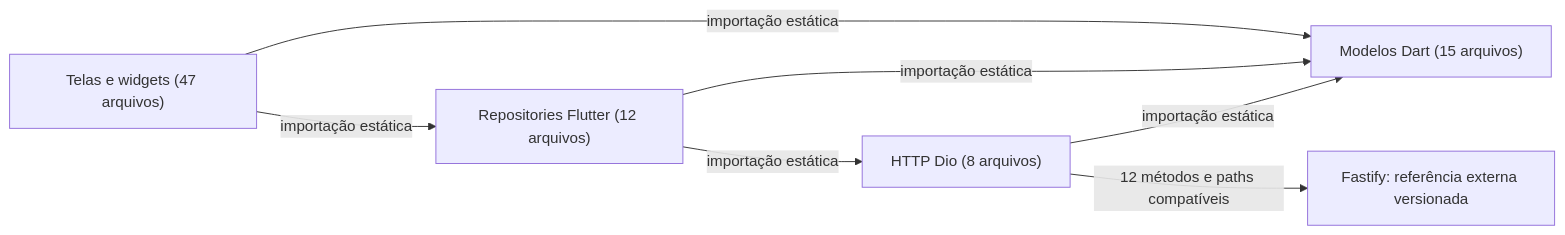
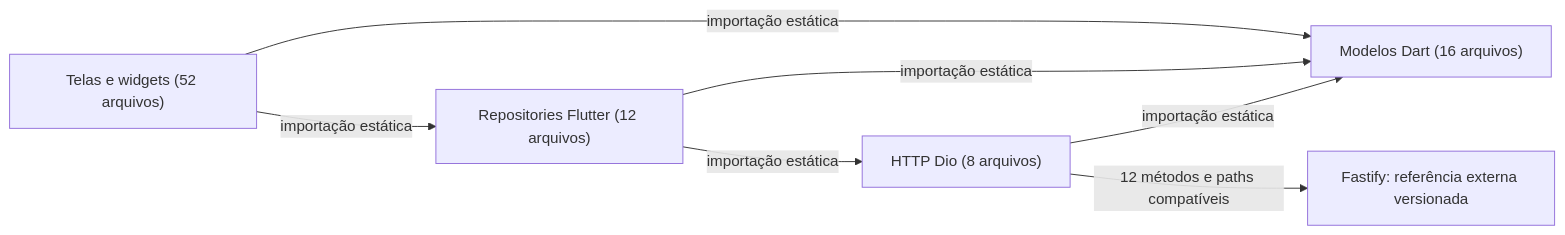
One commit to richardcastrogois/TrainForge changed the first of 2 diagrams in docs/arquitetura/README.md. Above: the diagram before and after it, drawn with Mermaid. The commit also changed other lines of this file and 49 other files, not shown here.

````diff
--- a/docs/arquitetura/README.md
+++ b/docs/arquitetura/README.md
@@ -19,14 +19,14 @@
 ```mermaid
 flowchart LR
-    node0["Telas e widgets (47 arquivos)"]
+    node0["Telas e widgets (52 arquivos)"]
     node1["Repositories Flutter (12 arquivos)"]
     node2["HTTP Dio (8 arquivos)"]
-    node3["Modelos Dart (15 arquivos)"]
+    node3["Modelos Dart (16 arquivos)"]
     node4["Fastify: referência externa versionada"]
     node2 -->|"importação estática"| node3
     node1 -->|"importação estática"| node2
     node1 -->|"importação estática"| node3
     node0 -->|"importação estática"| node3
     node0 -->|"importação estática"| node1
     node2 -->|"12 métodos e paths compatíveis"| node4
 ```
````
